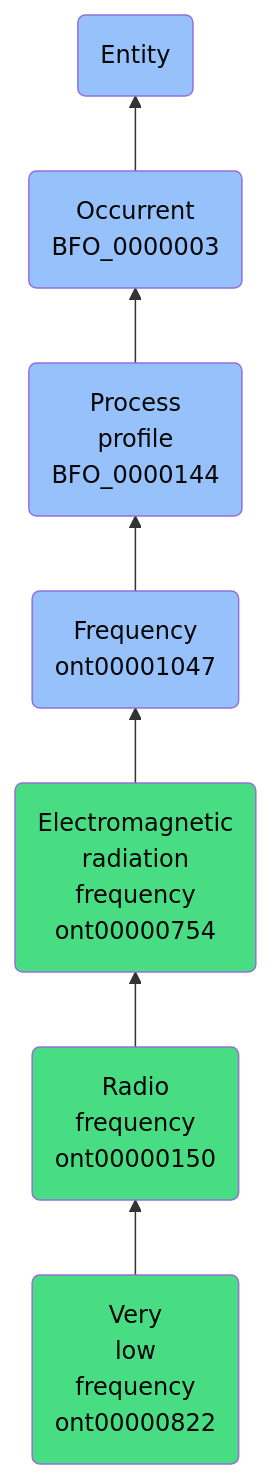
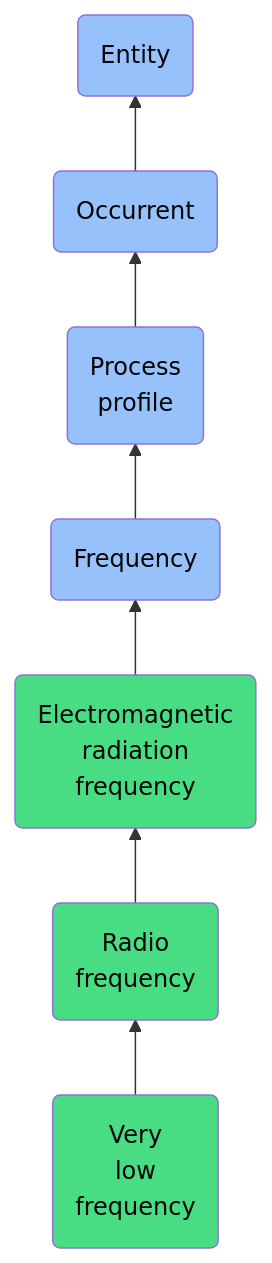
One commit to jupyter-naas/abi changed the diagram in docs/ontology/reference/model/Entity/Occurrent/Process profile/Frequency/Electromagnetic radiation frequency/Radio frequency/Very low frequency/Very low frequency.md. Above: the diagram before and after it, drawn with Mermaid. The commit also changed other lines of this file and 1430 other files, not shown here.

````diff
--- a/docs/ontology/reference/model/Entity/Occurrent/Process profile/Frequency/Electromagnetic radiation frequency/Radio frequency/Very low frequency/Very low frequency.md
+++ b/docs/ontology/reference/model/Entity/Occurrent/Process profile/Frequency/Electromagnetic radiation frequency/Radio frequency/Very low frequency/Very low frequency.md
@@ -24,14 +24,14 @@
 ```mermaid
 graph BT
-    ont00000822(Very<br>low<br>frequency<br>ont00000822):::ABI-->ont00000150
-    ont00000150(Radio<br>frequency<br>ont00000150):::ABI-->ont00000754
-    ont00000754(Electromagnetic<br>radiation<br>frequency<br>ont00000754):::ABI-->ont00001047
-    ont00001047(Frequency<br>ont00001047):::BFO-->BFO_0000144
-    BFO_0000144(Process<br>profile<br>BFO_0000144):::BFO-->BFO_0000003
-    BFO_0000003(Occurrent<br>BFO_0000003):::BFO-->BFO_0000001
+    ont00000822(Very<br>low<br>frequency):::ABI-->ont00000150
+    ont00000150(Radio<br>frequency):::ABI-->ont00000754
+    ont00000754(Electromagnetic<br>radiation<br>frequency):::ABI-->ont00001047
+    ont00001047(Frequency):::BFO-->BFO_0000144
+    BFO_0000144(Process<br>profile):::BFO-->BFO_0000003
+    BFO_0000003(Occurrent):::BFO-->BFO_0000001
     BFO_0000001(Entity):::BFO
     
     classDef BFO fill:#97c1fb,color:#060606
     classDef CCO fill:#e4c51e,color:#060606
     classDef ABI fill:#48DD82,color:#060606
 ```
````
